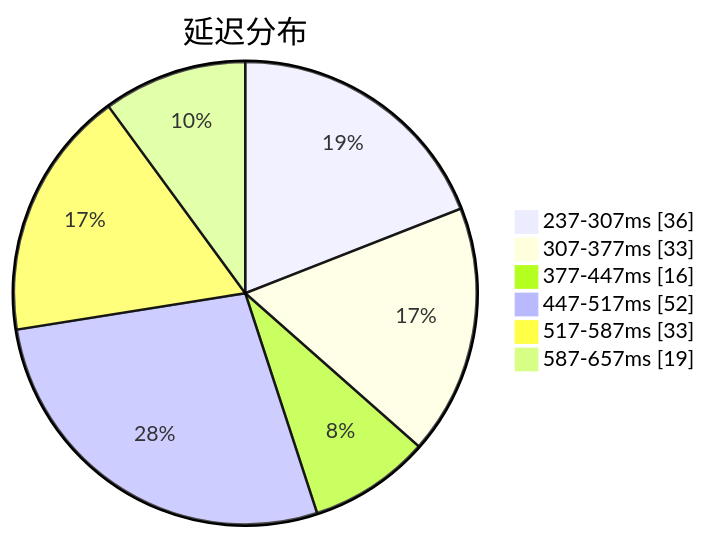
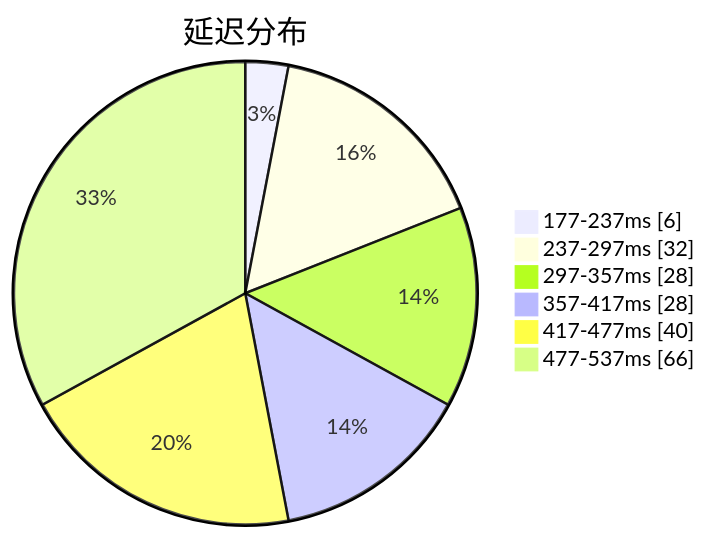
Before and after one commit to qjlxg/airport: the first of 3 diagrams in subs/statistics/tested_within.md, drawn with Mermaid. The commit also changed other lines of this file and 2 other files, not shown here.

````diff
--- a/subs/statistics/tested_within.md
+++ b/subs/statistics/tested_within.md
@@ -2,10 +2,10 @@
 ```mermaid
 pie showData
 title 延迟分布
-"237-307ms" : 36
-"307-377ms" : 33
-"377-447ms" : 16
-"447-517ms" : 52
-"517-587ms" : 33
-"587-657ms" : 19
+"177-237ms" : 6
+"237-297ms" : 32
+"297-357ms" : 28
+"357-417ms" : 28
+"417-477ms" : 40
+"477-537ms" : 66
 ```
````
